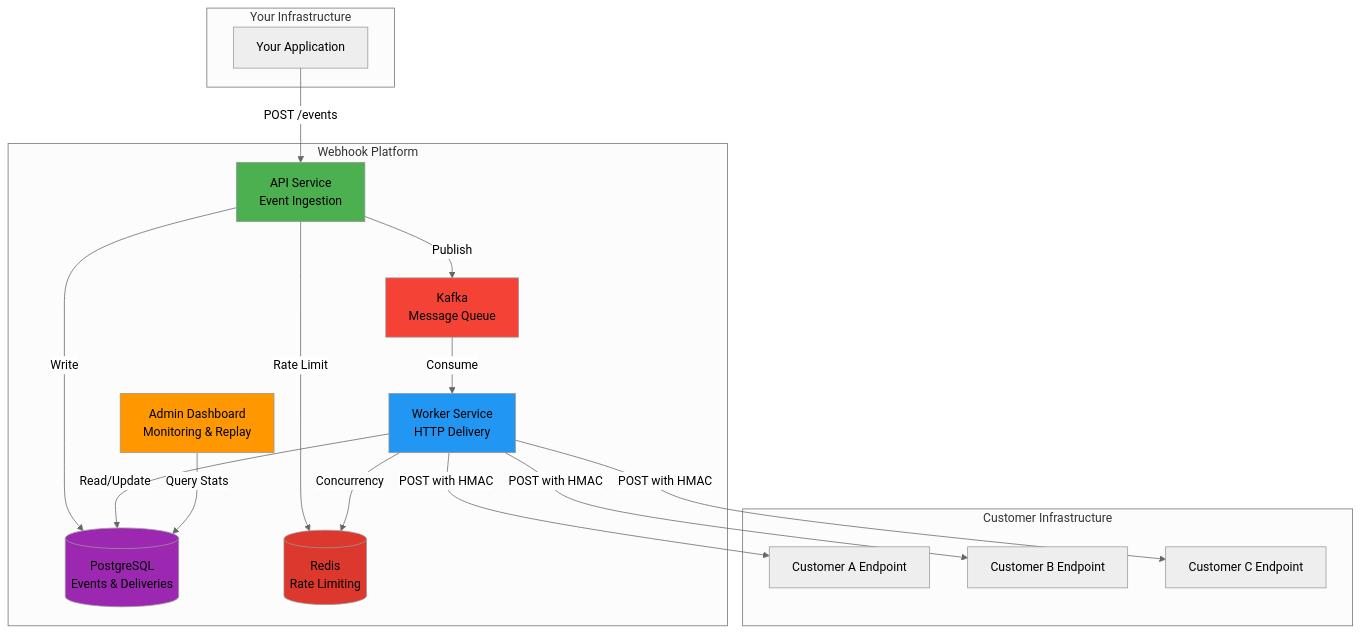
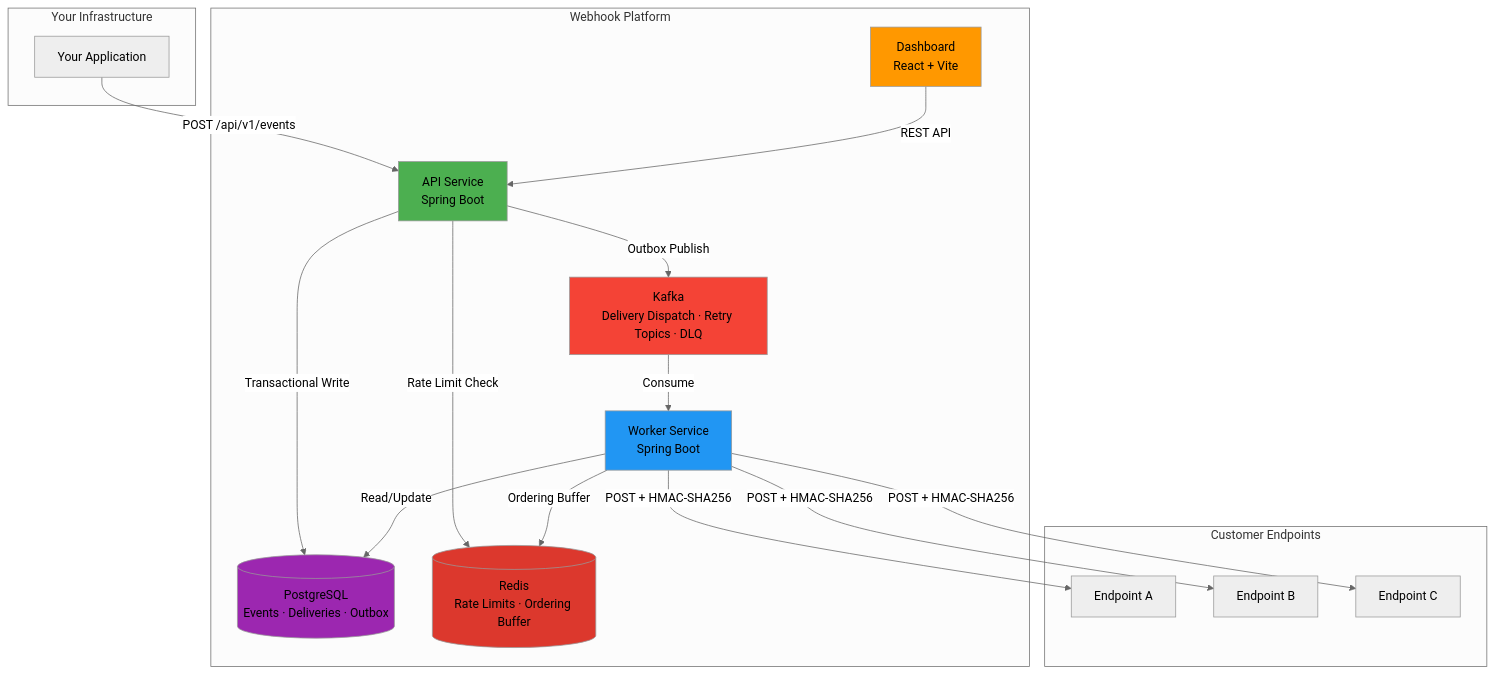
One commit to vadymkykalo/webhook-platform changed the first of 2 diagrams in README.md. Above: the diagram before and after it, drawn with Mermaid (neutral theme). The commit also changed other lines of this file, not shown here.

````diff
--- a/README.md
+++ b/README.md
@@ -39,40 +65,40 @@
 ```mermaid
 graph TB
     subgraph "Your Infrastructure"
         App[Your Application]
     end
     
     subgraph "Webhook Platform"
-        API[API Service<br/>Event Ingestion]
-        DB[(PostgreSQL<br/>Events & Deliveries)]
-        Redis[(Redis<br/>Rate Limiting)]
-        Kafka[Kafka<br/>Message Queue]
-        Worker[Worker Service<br/>HTTP Delivery]
-        UI[Admin Dashboard<br/>Monitoring & Replay]
+        UI[Dashboard<br/>React + Vite]
+        API[API Service<br/>Spring Boot]
+        DB[(PostgreSQL<br/>Events · Deliveries · Outbox)]
+        Redis[(Redis<br/>Rate Limits · Ordering Buffer)]
+        Kafka[Kafka<br/>Delivery Dispatch · Retry Topics · DLQ]
+        Worker[Worker Service<br/>Spring Boot]
     end
     
-    subgraph "Customer Infrastructure"
-        Customer1[Customer A Endpoint]
-        Customer2[Customer B Endpoint]
-        Customer3[Customer C Endpoint]
+    subgraph "Customer Endpoints"
+        EP1[Endpoint A]
+        EP2[Endpoint B]
+        EP3[Endpoint C]
     end
     
-    App -->|POST /events| API
-    API -->|Rate Limit| Redis
-    API -->|Write| DB
-    API -->|Publish| Kafka
+    App -->|POST /api/v1/events| API
+    UI  -->|REST API| API
+    API -->|Rate Limit Check| Redis
+    API -->|Transactional Write| DB
+    API -->|Outbox Publish| Kafka
     Kafka -->|Consume| Worker
-    Worker -->|Concurrency| Redis
     Worker -->|Read/Update| DB
-    Worker -->|POST with HMAC| Customer1
-    Worker -->|POST with HMAC| Customer2
-    Worker -->|POST with HMAC| Customer3
-    UI -->|Query Stats| DB
+    Worker -->|Ordering Buffer| Redis
+    Worker -->|POST + HMAC-SHA256| EP1
+    Worker -->|POST + HMAC-SHA256| EP2
+    Worker -->|POST + HMAC-SHA256| EP3
     
     style API fill:#4CAF50
     style Worker fill:#2196F3
     style UI fill:#FF9800
     style DB fill:#9C27B0
     style Kafka fill:#F44336
     style Redis fill:#DC382D
 ```
````
